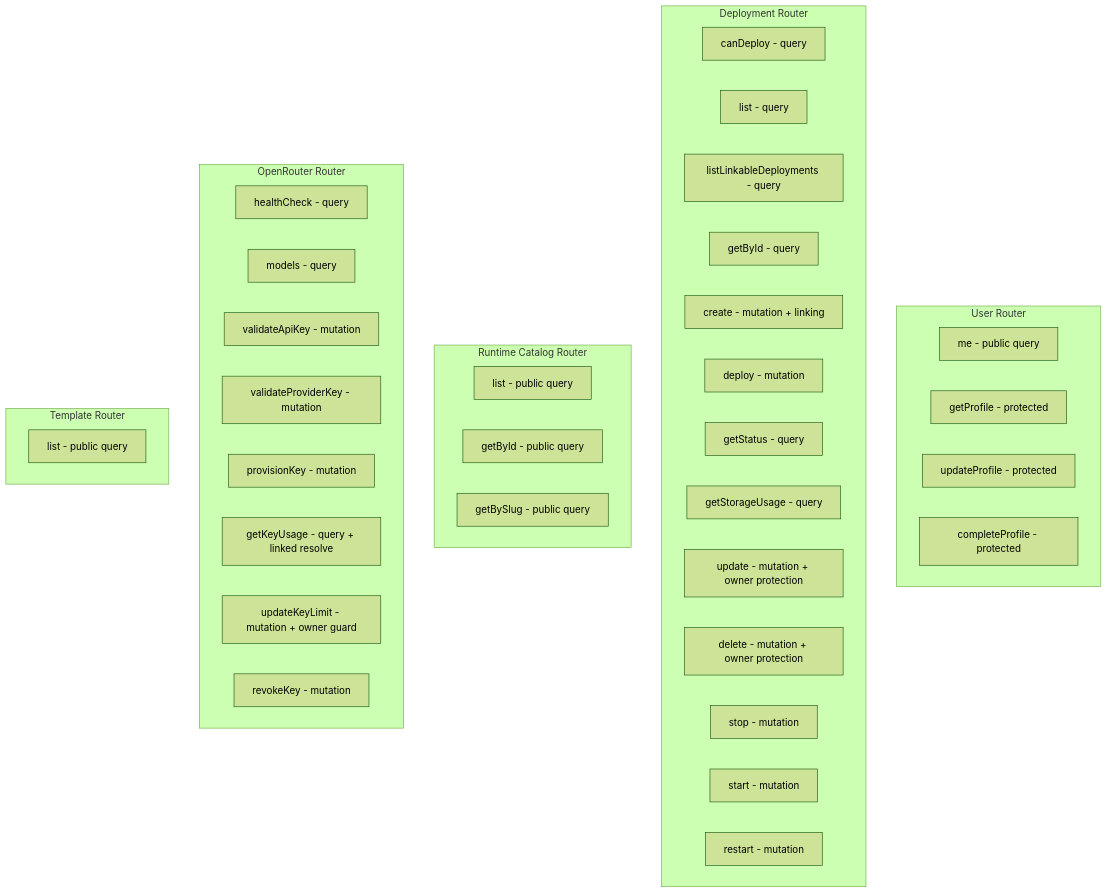
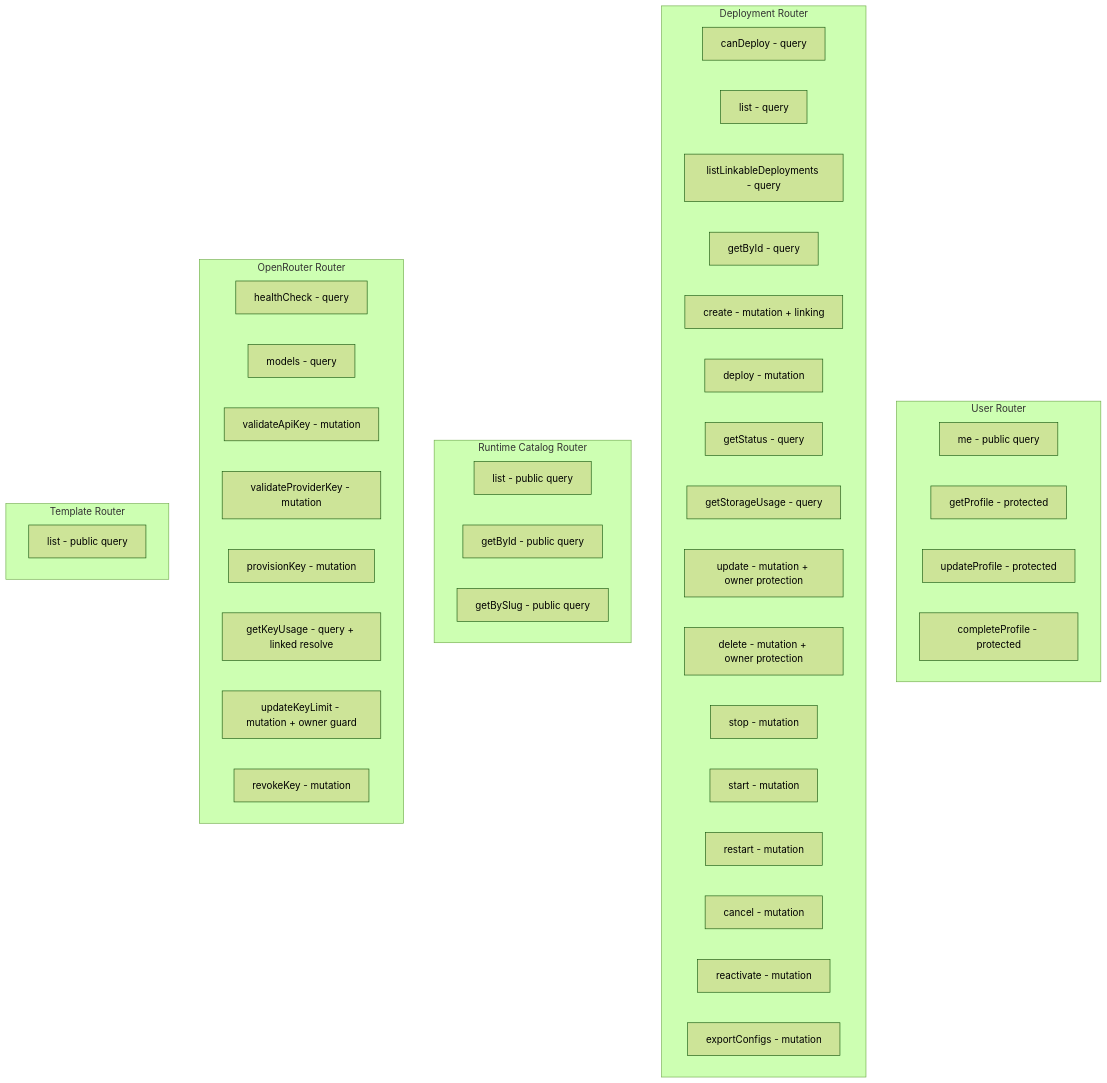
One commit to Bretthb/jarble changed the fourth of 15 diagrams in OVERVIEW.md. Above: the diagram before and after it, drawn with Mermaid (forest theme). The commit also changed other lines of this file and 13 other files, not shown here.

````diff
--- a/OVERVIEW.md
+++ b/OVERVIEW.md
@@ -165,46 +165,49 @@
 ```mermaid
 graph TB
     subgraph "User Router"
         U1[me - public query]
         U2[getProfile - protected]
         U3[updateProfile - protected]
         U4[completeProfile - protected]
     end
 
     subgraph "Deployment Router"
         D1[canDeploy - query]
         D2[list - query]
         D2b[listLinkableDeployments - query]
         D3[getById - query]
         D4[create - mutation + linking]
         D5[deploy - mutation]
         D6[getStatus - query]
         D6b[getStorageUsage - query]
         D7[update - mutation + owner protection]
         D8[delete - mutation + owner protection]
         D9[stop - mutation]
         D10[start - mutation]
         D11[restart - mutation]
+        D12[cancel - mutation]
+        D13[reactivate - mutation]
+        D14[exportConfigs - mutation]
     end
 
     subgraph "Runtime Catalog Router"
         RC1[list - public query]
         RC2[getById - public query]
         RC3[getBySlug - public query]
     end
 
     subgraph "OpenRouter Router"
         OR1[healthCheck - query]
         OR2[models - query]
         OR3[validateApiKey - mutation]
         OR4[validateProviderKey - mutation]
         OR5[provisionKey - mutation]
         OR6[getKeyUsage - query + linked resolve]
         OR7[updateKeyLimit - mutation + owner guard]
         OR8[revokeKey - mutation]
     end
 
     subgraph "Template Router"
         T1[list - public query]
     end
 ```
````
